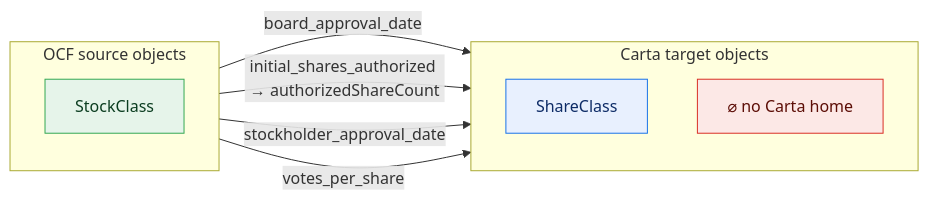
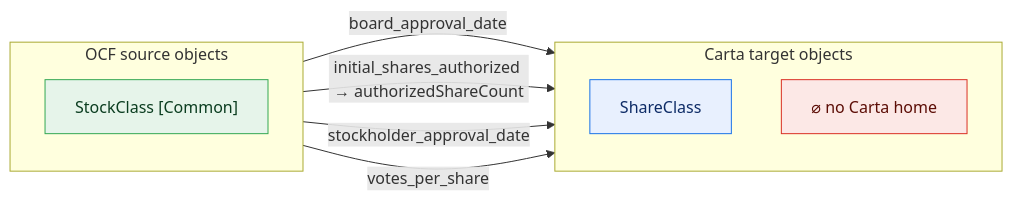
Before and after one commit to Open-Cap-Table-Coalition/OCF-Composed-Schemas: diagram 12 of 35 in core-rich/core-gaps.md, drawn with Mermaid. The commit also changed other lines of this file and 12 other files, not shown here.

````diff
--- a/core-rich/core-gaps.md
+++ b/core-rich/core-gaps.md
@@ -286,20 +286,20 @@
 ```mermaid
 flowchart LR
   classDef adm fill:#e6f4ea,stroke:#34a853,color:#0b3d20;
   classDef notadm fill:#f1f3f4,stroke:#9aa0a6,color:#5f6368,stroke-dasharray:4 3;
   classDef carta fill:#e8f0fe,stroke:#1a73e8,color:#0d2b66;
   classDef sink fill:#fce8e6,stroke:#d93025,color:#5c0d06;
   subgraph SRC["OCF source objects"]
     direction TB
-    o0["StockClass"]:::adm
+    o0["StockClass [Common]"]:::adm
   end
   subgraph TGT["Carta target objects"]
     direction TB
     t0["ShareClass"]:::carta
     sink["⌀ no Carta home"]:::sink
   end
   o0 -->|"board_approval_date"| sink
   o0 -->|"initial_shares_authorized → authorizedShareCount"| t0
   o0 -->|"stockholder_approval_date"| sink
   o0 -->|"votes_per_share"| sink
 ```
````
